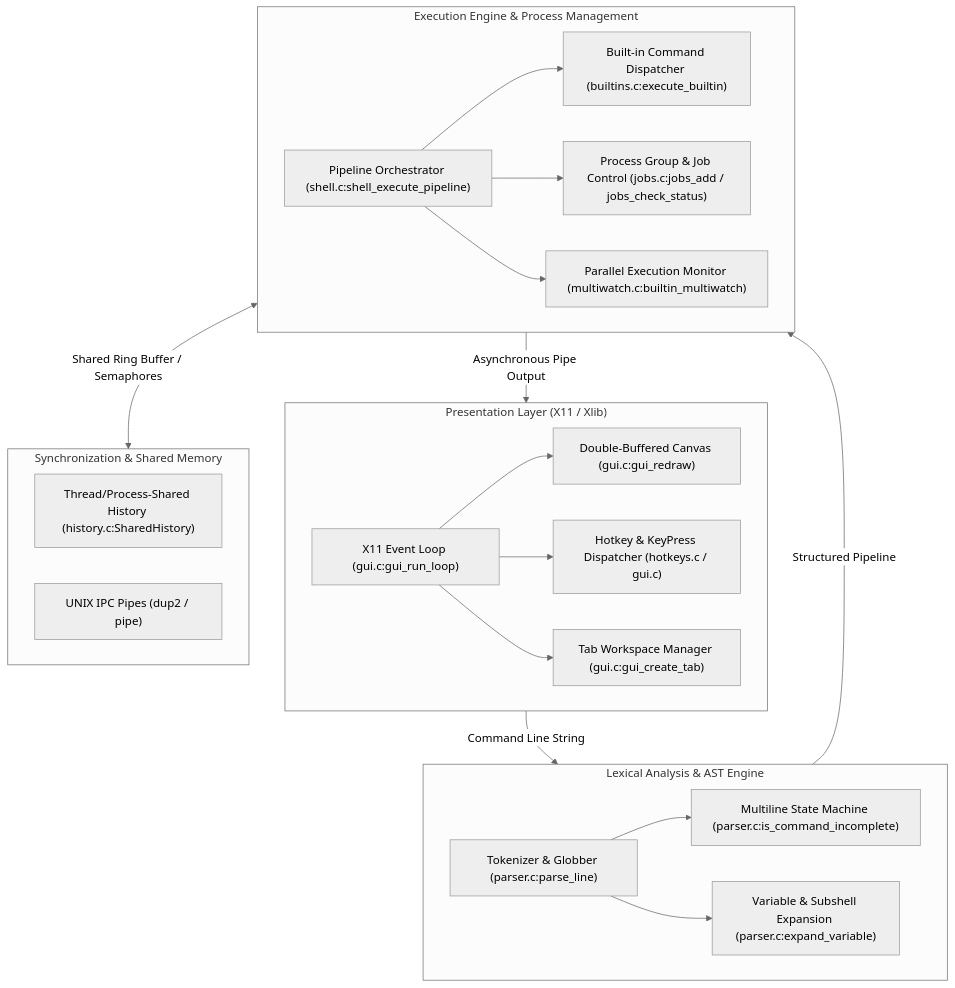
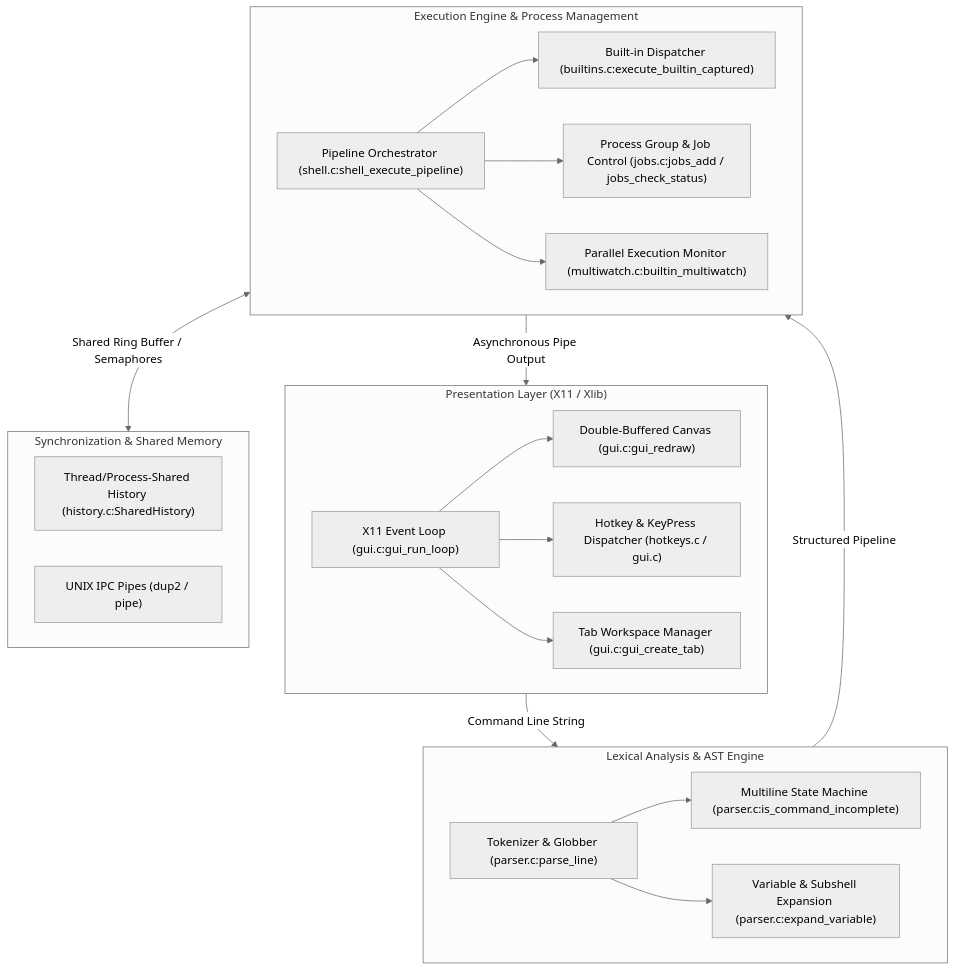
Before and after one commit to littleboy3012/Terminator: the first of 8 diagrams in DESIGN.md, drawn with Mermaid (neutral theme). The commit also changed other lines of this file, not shown here.

````diff
--- a/DESIGN.md
+++ b/DESIGN.md
@@ -16,40 +16,40 @@
 ```mermaid
 flowchart TD
     subgraph Presentation_Layer ["Presentation Layer (X11 / Xlib)"]
         A["X11 Event Loop (gui.c:gui_run_loop)"]
         B["Double-Buffered Canvas (gui.c:gui_redraw)"]
         C["Hotkey & KeyPress Dispatcher (hotkeys.c / gui.c)"]
         D["Tab Workspace Manager (gui.c:gui_create_tab)"]
         A --> B
         A --> C
         A --> D
     end
 
     subgraph Parsing_Engine ["Lexical Analysis & AST Engine"]
         E["Tokenizer & Globber (parser.c:parse_line)"]
         F["Multiline State Machine (parser.c:is_command_incomplete)"]
         G["Variable & Subshell Expansion (parser.c:expand_variable)"]
         E --> F
         E --> G
     end
 
     subgraph Execution_Engine ["Execution Engine & Process Management"]
         H["Pipeline Orchestrator (shell.c:shell_execute_pipeline)"]
-        I["Built-in Command Dispatcher (builtins.c:execute_builtin)"]
+        I["Built-in Dispatcher (builtins.c:execute_builtin_captured)"]
         J["Process Group & Job Control (jobs.c:jobs_add / jobs_check_status)"]
         K["Parallel Execution Monitor (multiwatch.c:builtin_multiwatch)"]
         H --> I
         H --> J
         H --> K
     end
 
     subgraph IPC_Shared_State ["Synchronization & Shared Memory"]
         L["Thread/Process-Shared History (history.c:SharedHistory)"]
         M["UNIX IPC Pipes (dup2 / pipe)"]
     end
 
     Presentation_Layer -->|Command Line String| Parsing_Engine
     Parsing_Engine -->|Structured Pipeline| Execution_Engine
     Execution_Engine <-->|Shared Ring Buffer / Semaphores| IPC_Shared_State
     Execution_Engine -->|Asynchronous Pipe Output| Presentation_Layer
 ```
````
